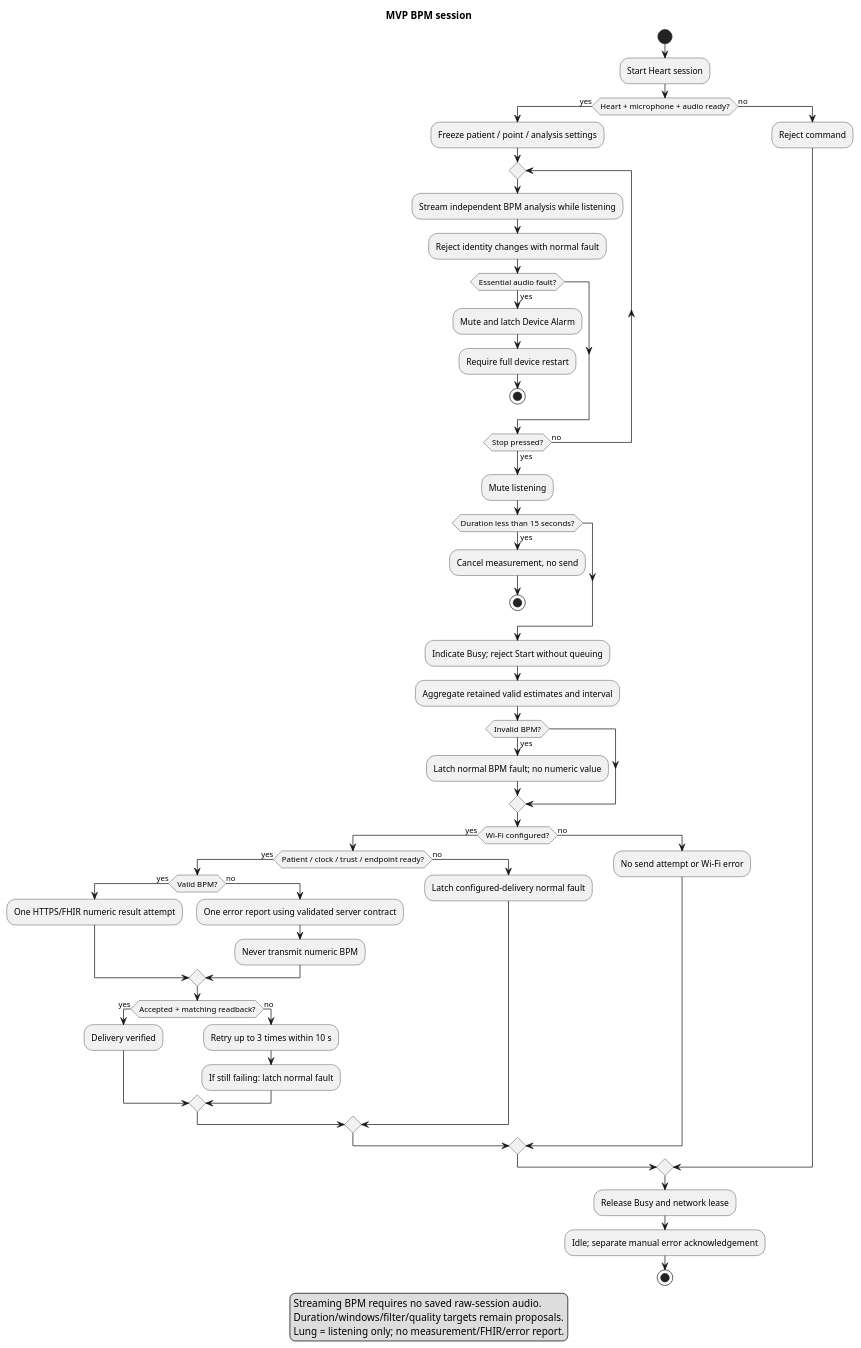
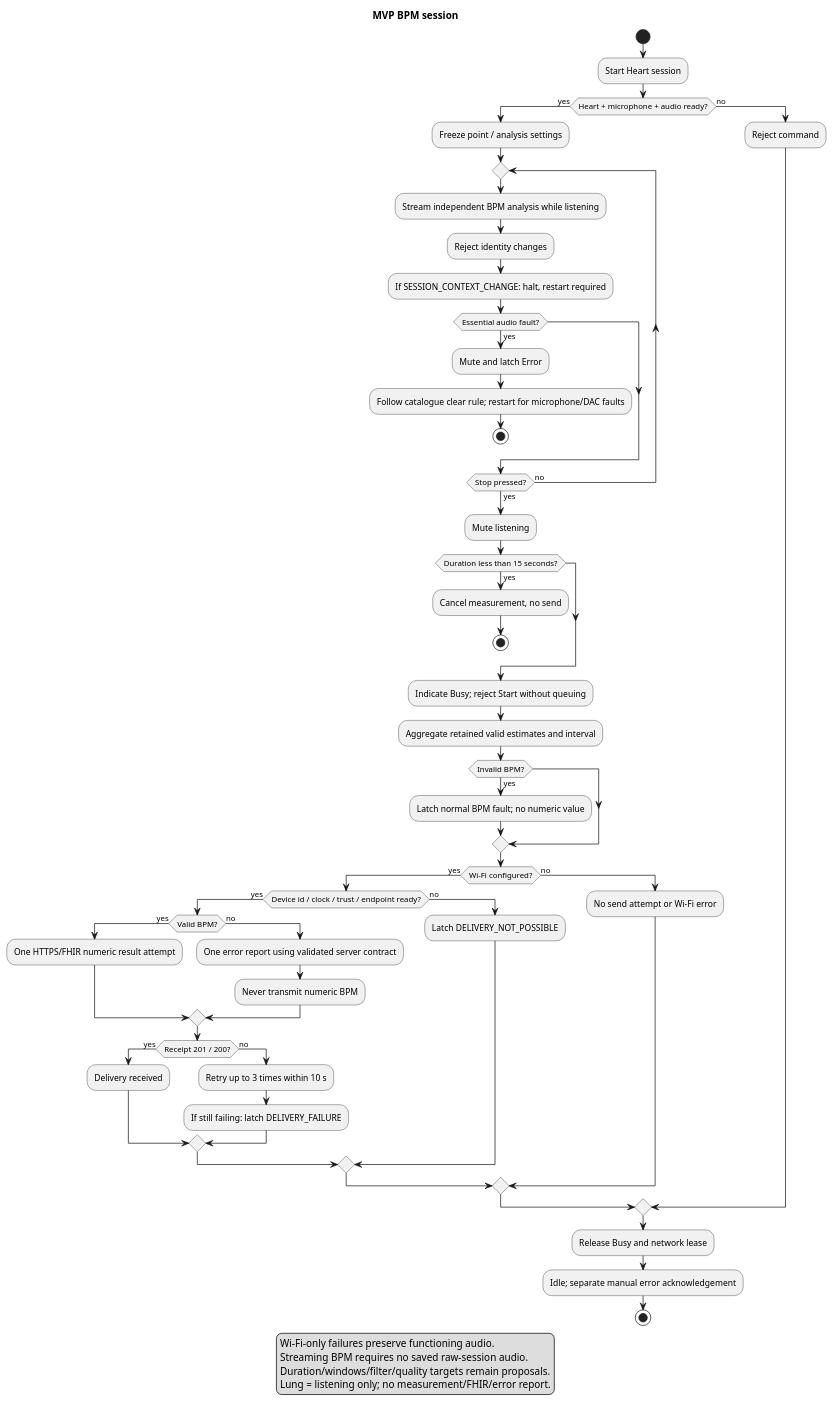
Before and after one commit to DemonicPsychoII/DigitalStethoscope: the diagram in Development/system/architecture/measurement-workflow.puml, drawn with PlantUML. The commit also changed 90 other files, not shown here.

```diff
--- a/Development/system/architecture/measurement-workflow.puml
+++ b/Development/system/architecture/measurement-workflow.puml
@@ -1,59 +1,61 @@
 @startuml measurement_workflow
 skinparam shadowing false
 skinparam defaultFontName SansSerif
 title MVP BPM session
 start
 :Start Heart session;
 if (Heart + microphone + audio ready?) then (yes)
- :Freeze patient / point / analysis settings;
+ :Freeze point / analysis settings;
  repeat
   :Stream independent BPM analysis while listening;
-  :Reject identity changes with normal fault;
+  :Reject identity changes;
+  :If SESSION_CONTEXT_CHANGE: halt, restart required;
   if (Essential audio fault?) then (yes)
-   :Mute and latch Device Alarm;
-   :Require full device restart;
+   :Mute and latch Error;
+   :Follow catalogue clear rule; restart for microphone/DAC faults;
    stop
   endif
  repeat while (Stop pressed?) is (no) not (yes)
  :Mute listening;
  if (Duration less than 15 seconds?) then (yes)
   :Cancel measurement, no send;
   stop
  endif
  :Indicate Busy; reject Start without queuing;
  :Aggregate retained valid estimates and interval;
  if (Invalid BPM?) then (yes)
   :Latch normal BPM fault; no numeric value;
  endif
  if (Wi-Fi configured?) then (yes)
-  if (Patient / clock / trust / endpoint ready?) then (yes)
+  if (Device id / clock / trust / endpoint ready?) then (yes)
    if (Valid BPM?) then (yes)
     :One HTTPS/FHIR numeric result attempt;
    else (no)
     :One error report using validated server contract;
     :Never transmit numeric BPM;
    endif
-   if (Accepted + matching readback?) then (yes)
-    :Delivery verified;
+   if (Receipt 201 / 200?) then (yes)
+    :Delivery received;
    else (no)
     :Retry up to 3 times within 10 s;
-    :If still failing: latch normal fault;
+    :If still failing: latch DELIVERY_FAILURE;
    endif
   else (no)
-   :Latch configured-delivery normal fault;
+   :Latch DELIVERY_NOT_POSSIBLE;
   endif
  else (no)
   :No send attempt or Wi-Fi error;
  endif
 else (no)
  :Reject command;
 endif
 :Release Busy and network lease;
 :Idle; separate manual error acknowledgement;
 stop
 legend bottom
+  Wi-Fi-only failures preserve functioning audio.
   Streaming BPM requires no saved raw-session audio.
   Duration/windows/filter/quality targets remain proposals.
   Lung = listening only; no measurement/FHIR/error report.
 endlegend
 @enduml
```
